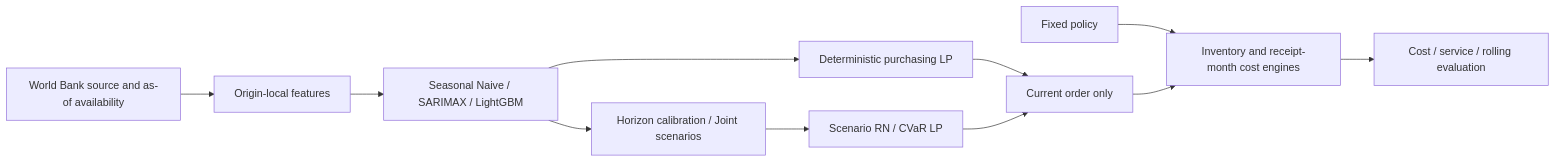
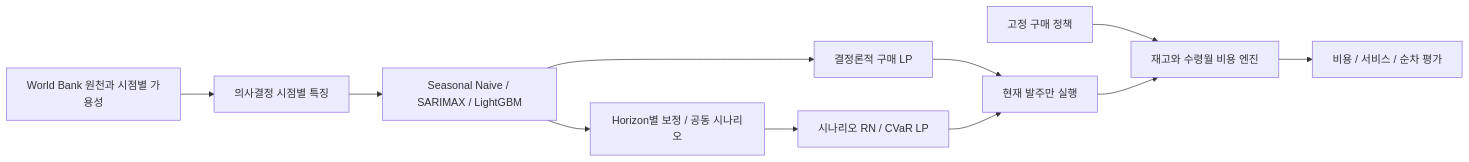
Before and after one commit to influnix/food-commodity-procurement-intelligence: the diagram in README.md, drawn with Mermaid. The commit also changed other lines of this file and 32 other files, not shown here.

````diff
--- a/README.md
+++ b/README.md
@@ -13,13 +15,13 @@
 ```mermaid
 flowchart LR
-  A[World Bank source and as-of availability] --> B[Origin-local features]
+  A[World Bank 원천과 시점별 가용성] --> B[의사결정 시점별 특징]
   B --> C[Seasonal Naive / SARIMAX / LightGBM]
-  C --> D[Horizon calibration / Joint scenarios]
-  C --> E[Deterministic purchasing LP]
-  D --> F[Scenario RN / CVaR LP]
-  E --> G[Current order only]
+  C --> D[Horizon별 보정 / 공동 시나리오]
+  C --> E[결정론적 구매 LP]
+  D --> F[시나리오 RN / CVaR LP]
+  E --> G[현재 발주만 실행]
   F --> G
-  H[Fixed policy] --> I[Inventory and receipt-month cost engines]
+  H[고정 구매 정책] --> I[재고와 수령월 비용 엔진]
   G --> I
-  I --> J[Cost / service / rolling evaluation]
+  I --> J[비용 / 서비스 / 순차 평가]
 ```
````
